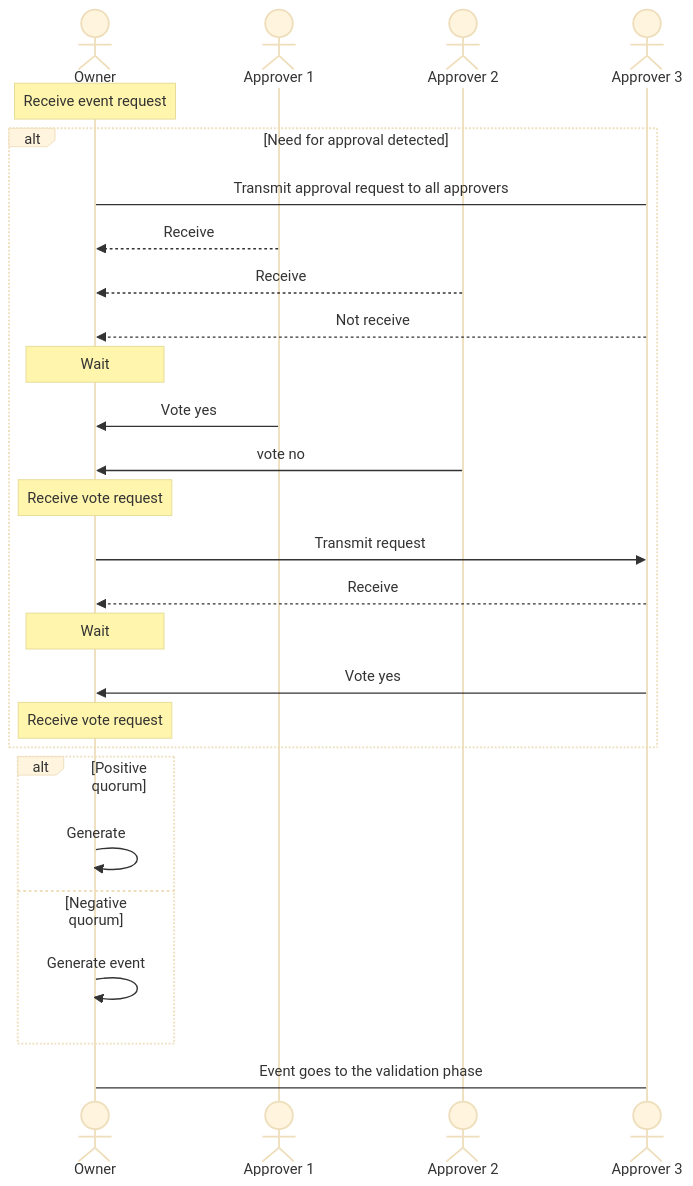
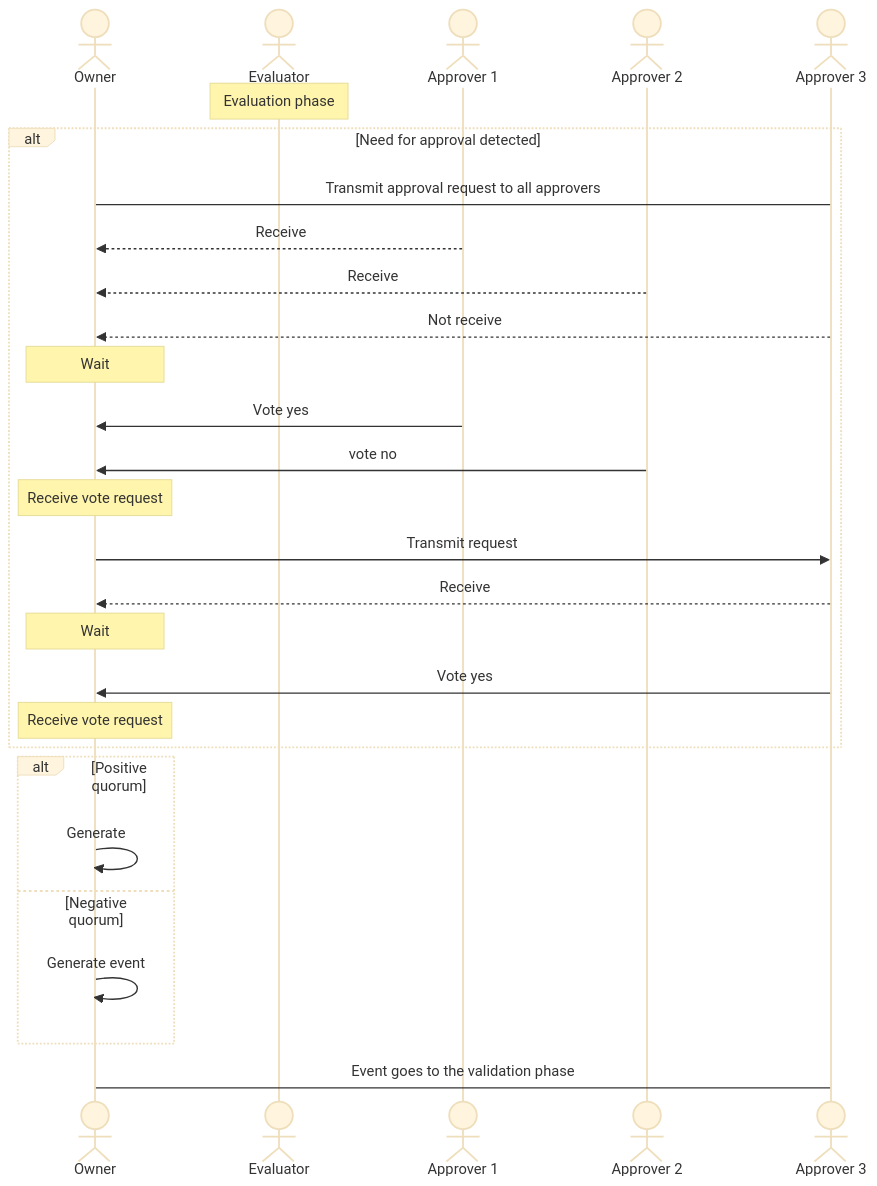
One commit to opencanarias/taple-docsite changed the diagram in docs/technology/event-approval-process.md. Above: the diagram before and after it, drawn with Mermaid (base theme). The commit also changed other lines of this file and 1 other file, not shown here.

Commit message:
fix(TAP-1453): Updated event approval process

````diff
--- a/docs/technology/event-approval-process.md
+++ b/docs/technology/event-approval-process.md
@@ -21,32 +21,33 @@
 ```mermaid
 sequenceDiagram
     %% Comentarios pendientes a que este la invocación externa
     %% actor Invocador
     actor Owner
+    actor Evaluator
     actor Approver 1
     actor Approver 2
     actor Approver 3
     %% Invocador->>Owner: Submit an event request
-    Note over Owner: Receive event request
+    Note over Evaluator: Evaluation phase
     alt Need for approval detected
       Owner->Approver 3: Transmit approval request to all approvers
       Approver 1-->>Owner: Receive
       Approver 2-->>Owner: Receive
       Approver 3-->>Owner: Not receive
       Note over Owner: Wait
       Approver 1->>Owner: Vote yes
       Approver 2->>Owner: vote no
       Note over Owner: Receive vote request
       Owner->>Approver 3: Transmit request
       Approver 3-->>Owner: Receive
       Note over Owner: Wait
       Approver 3->>Owner: Vote yes
       Note over Owner: Receive vote request
     end
     alt Positive quorum
       Owner->>Owner: Generate
     else Negative quorum
       Owner->>Owner: Generate event
     end
     Owner->Approver 3: Event goes to the validation phase
 ```
````
